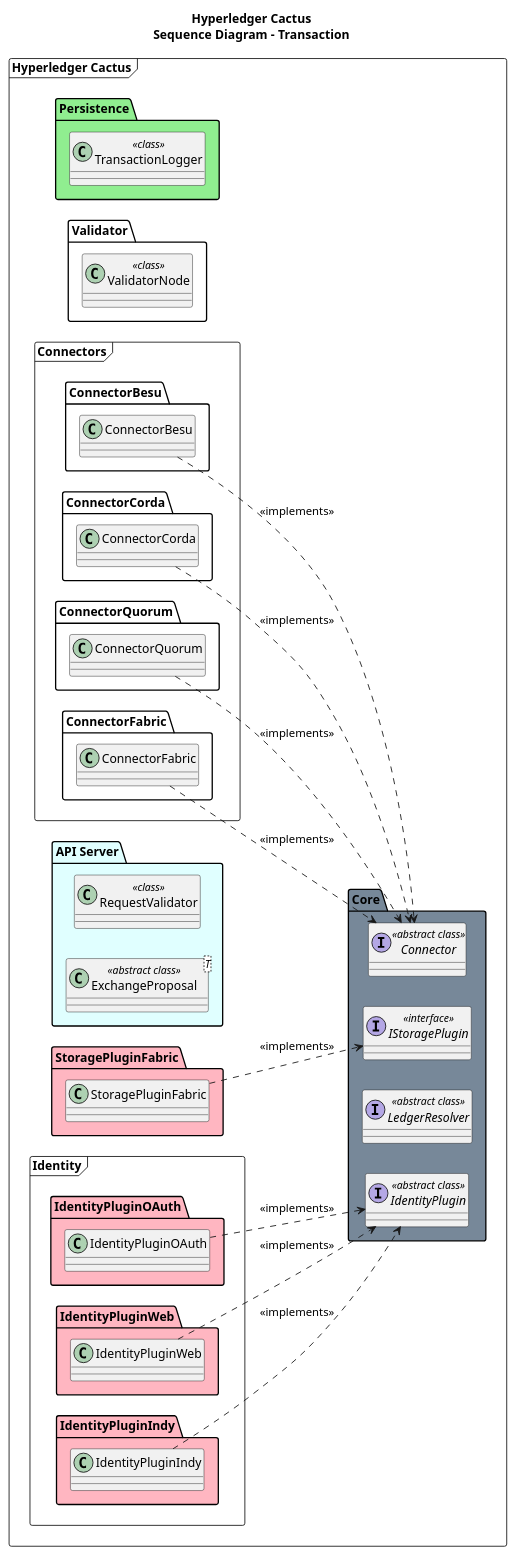
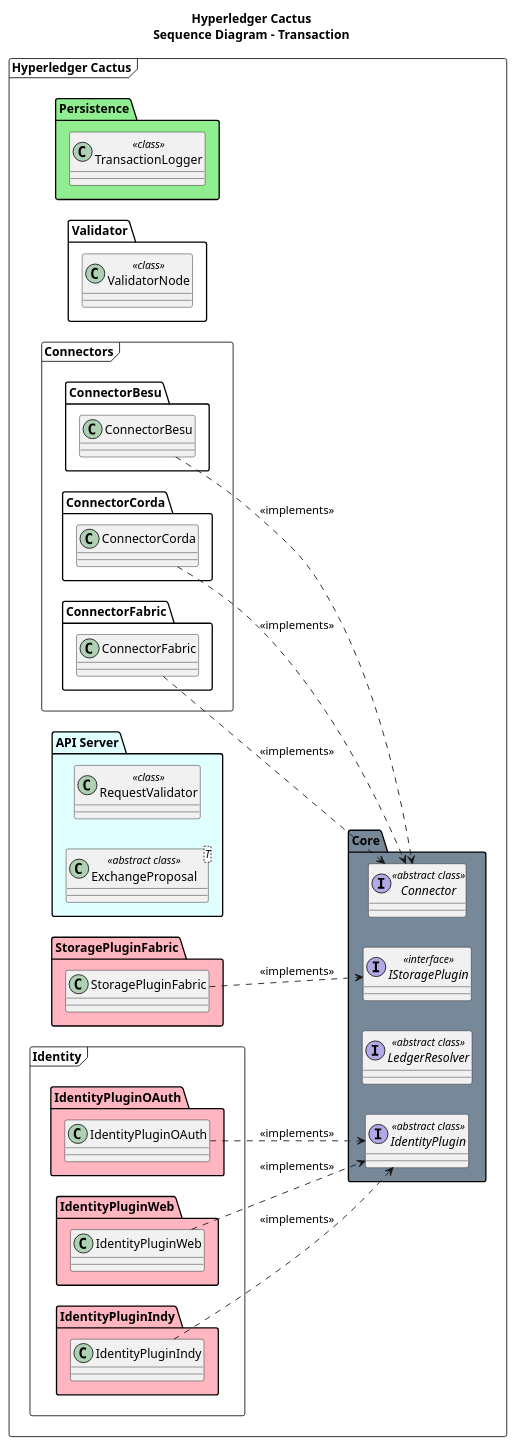
One commit to hyperledger-cacti/cacti changed the diagram in docs-cactus/architecture/component-diagram.puml. Above: the diagram before and after it, drawn with PlantUML. The commit also changed 149 other files, not shown here.

Commit message:
refactor(connector-quorum): retire Quorum connector

```diff
--- a/docs-cactus/architecture/component-diagram.puml
+++ b/docs-cactus/architecture/component-diagram.puml
@@ -1,71 +1,67 @@
 @startuml Sequence Diagram - Transaction
 
 title Hyperledger Cactus\nSequence Diagram - Transaction
 
 left to right direction
 
 frame "Hyperledger Cactus" as 1cactus {
   package "Core" as 2core <<package>> #LightSlateGray {
     interface "IStoragePlugin" as 3istorageplugin <<interface>> {
     }
     interface "Connector" as 3connector <<abstract class>> {
     }
     interface "LedgerResolver" as 3ledgerresolver <<abstract class>> {
     }
     interface "IdentityPlugin" as 3identityplugin <<abstract class>> {
     }
   }
 
   package "Persistence" as 2persistence <<package>> #LightGreen {
     class "TransactionLogger" as 3transactionlogger <<class>> {
     }
   }
 
   package "Validator" as 2validator <<package>> {
     class "ValidatorNode" as 3validatornode <<class>> {
     }
   }
 
   frame Connectors {
     package "ConnectorFabric" as 2connectorfabric <<package>> {
       ConnectorFabric ..> 3connector : <<implements>>
-    }
-
-    package "ConnectorQuorum" as 2connectorquorum <<package>> {
-      ConnectorQuorum ..> 3connector: <<implements>>
     }
 
     package "ConnectorCorda" as 2connectorcorda <<package>> {
       ConnectorCorda ..> 3connector : <<implements>>
     }
 
     package "ConnectorBesu" as 2connectorbesu <<package>> {
       ConnectorBesu ..> 3connector : <<implements>>
     }
   }
 
   package "API Server" as 2apiserver <<package>> #LightCyan {
     class "RequestValidator" as 3requestvalidator <<class>> {
     }
     class "ExchangeProposal<T>" as 3exchangeproposal <<abstract class>> {
     }
   }
 
   package "StoragePluginFabric" as 2storagepluginfabric <<package>> #LightPink {
     StoragePluginFabric ..> 3istorageplugin : <<implements>>
   }
 
   frame "Identity" {
     package "IdentityPluginIndy" as 2identitypluginindy <<package>> #LightPink {
       IdentityPluginIndy ..> 3identityplugin: <<implements>>
     }
     package "IdentityPluginWeb" as 2identitypluginweb <<package>> #LightPink {
       IdentityPluginWeb ..> 3identityplugin: <<implements>>
     }
     package "IdentityPluginOAuth" as 2identitypluginoauth <<package>> #LightPink {
       IdentityPluginOAuth ..> 3identityplugin: <<implements>>
     }
   }
 }
 
 @enduml
```
